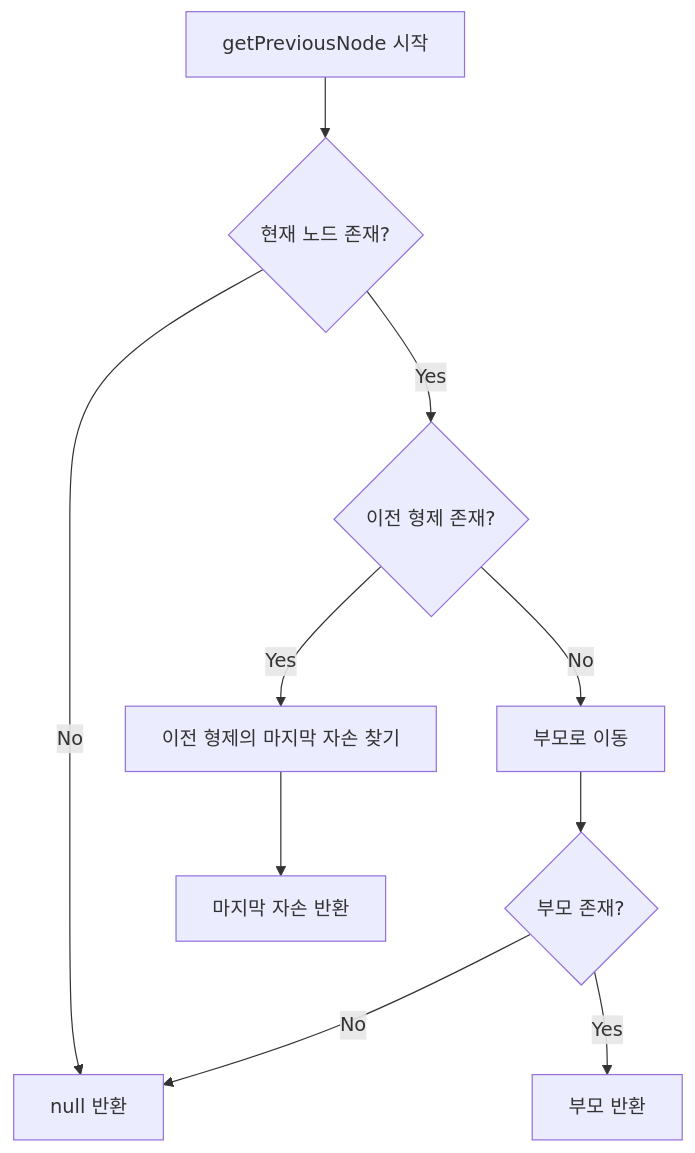
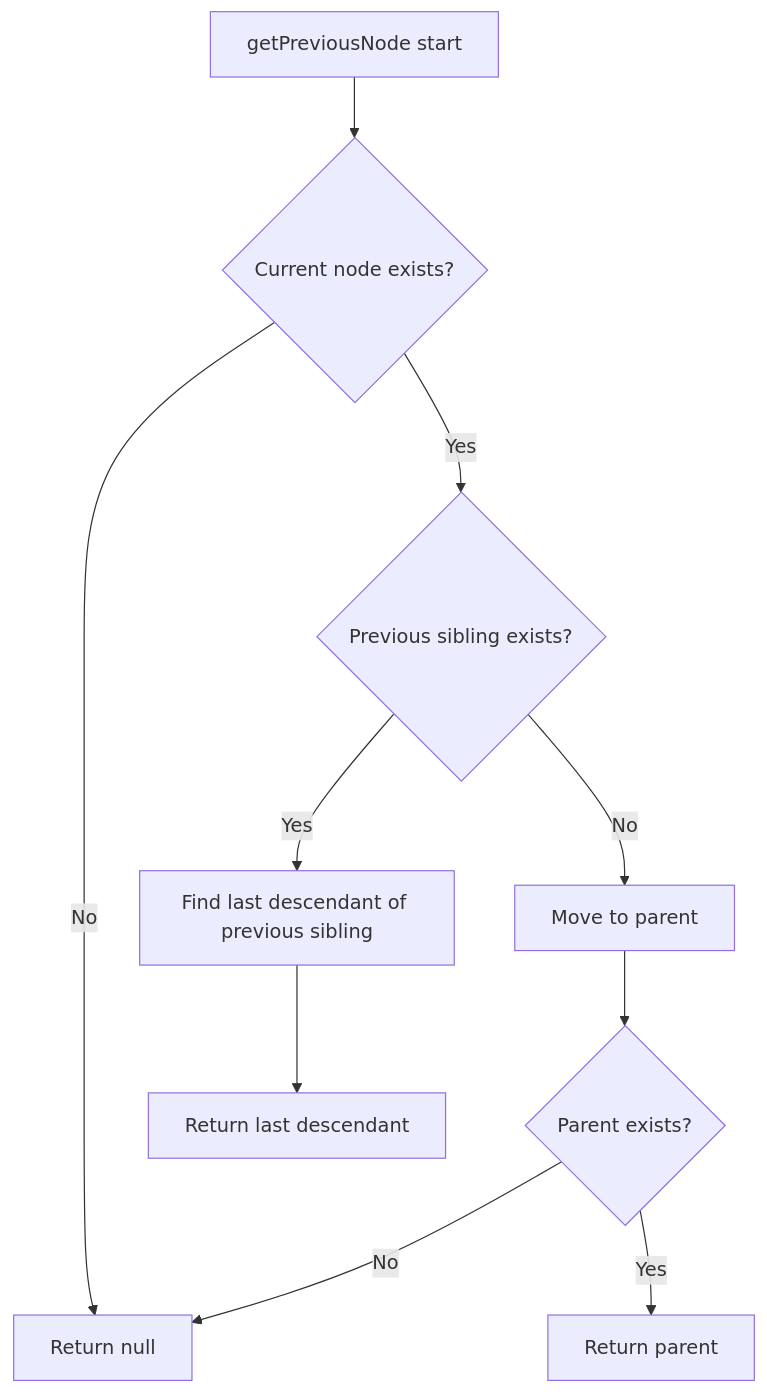
The third of 7 diagrams in packages/datastore/docs/document-iterator-spec.md (barocss/barocss-editor), drawn with Mermaid before and after one commit. The commit also changed other lines of this file and 147 other files, not shown here.

````diff
--- a/packages/datastore/docs/document-iterator-spec.md
+++ b/packages/datastore/docs/document-iterator-spec.md
@@ -122,12 +122,12 @@
 ```mermaid
 flowchart TD
-    A[getPreviousNode 시작] --> B{현재 노드 존재?}
-    B -->|No| C[null 반환]
-    B -->|Yes| D{이전 형제 존재?}
-    D -->|Yes| E[이전 형제의 마지막 자손 찾기]
-    E --> F[마지막 자손 반환]
-    D -->|No| G[부모로 이동]
-    G --> H{부모 존재?}
+    A[getPreviousNode start] --> B{Current node exists?}
+    B -->|No| C[Return null]
+    B -->|Yes| D{Previous sibling exists?}
+    D -->|Yes| E[Find last descendant of previous sibling]
+    E --> F[Return last descendant]
+    D -->|No| G[Move to parent]
+    G --> H{Parent exists?}
     H -->|No| C
-    H -->|Yes| I[부모 반환]
+    H -->|Yes| I[Return parent]
 ```
````
